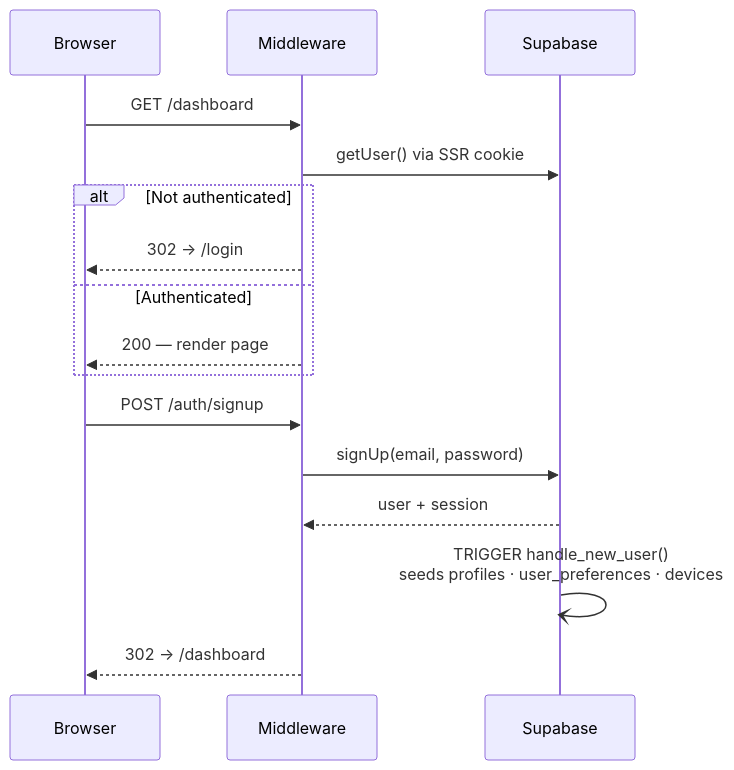
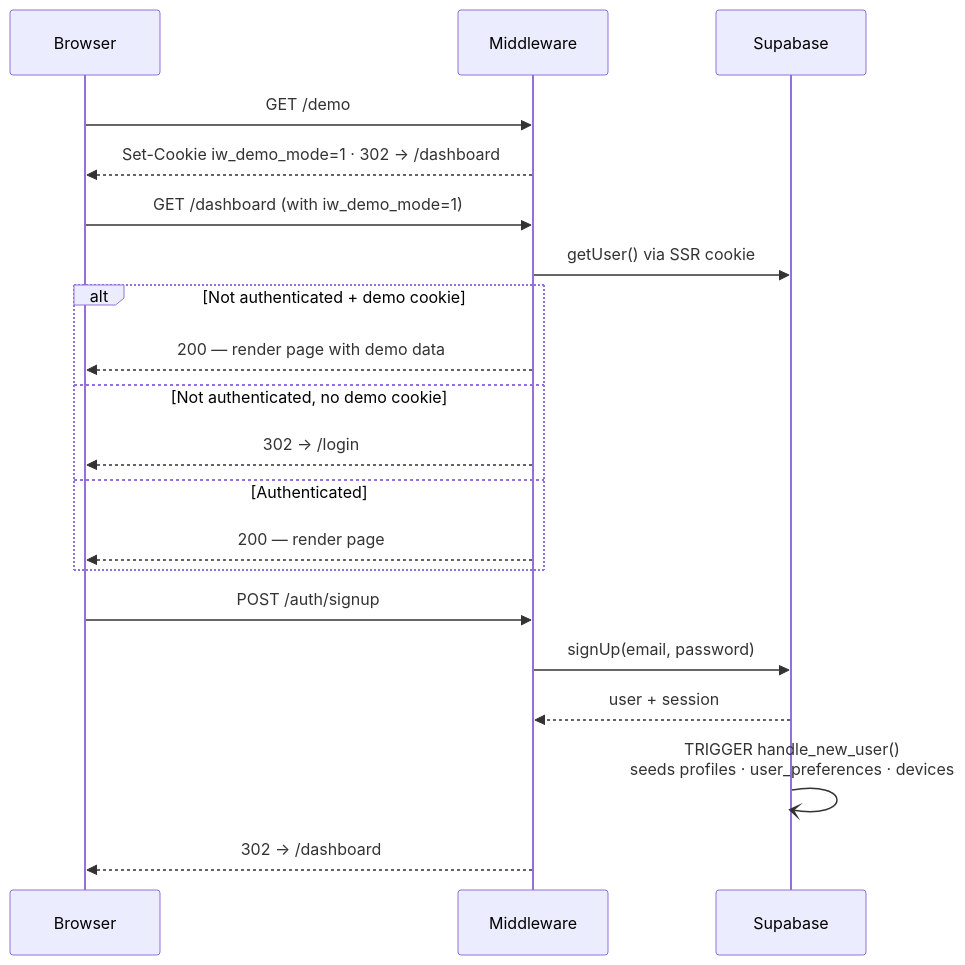
One commit to manasdutta04/invisiblewatts changed the third of 3 diagrams in README.md. Above: the diagram before and after it, drawn with Mermaid. The commit also changed other lines of this file and 2 other files, not shown here.

First line of the commit message:
docs: update README, SETUP, CONTRIBUTING for demo route + citations

````diff
--- a/README.md
+++ b/README.md
@@ -116,20 +118,25 @@
 ```mermaid
 sequenceDiagram
     participant Browser
     participant Middleware
     participant Supabase
 
-    Browser->>Middleware: GET /dashboard
+    Browser->>Middleware: GET /demo
+    Middleware-->>Browser: Set-Cookie iw_demo_mode=1 · 302 → /dashboard
+
+    Browser->>Middleware: GET /dashboard (with iw_demo_mode=1)
     Middleware->>Supabase: getUser() via SSR cookie
-    alt Not authenticated
+    alt Not authenticated + demo cookie
+        Middleware-->>Browser: 200 — render page with demo data
+    else Not authenticated, no demo cookie
         Middleware-->>Browser: 302 → /login
     else Authenticated
         Middleware-->>Browser: 200 — render page
     end
 
     Browser->>Middleware: POST /auth/signup
     Middleware->>Supabase: signUp(email, password)
     Supabase-->>Middleware: user + session
     Supabase-)Supabase: TRIGGER handle_new_user()<br/>seeds profiles · user_preferences · devices
     Middleware-->>Browser: 302 → /dashboard
 ```
````
